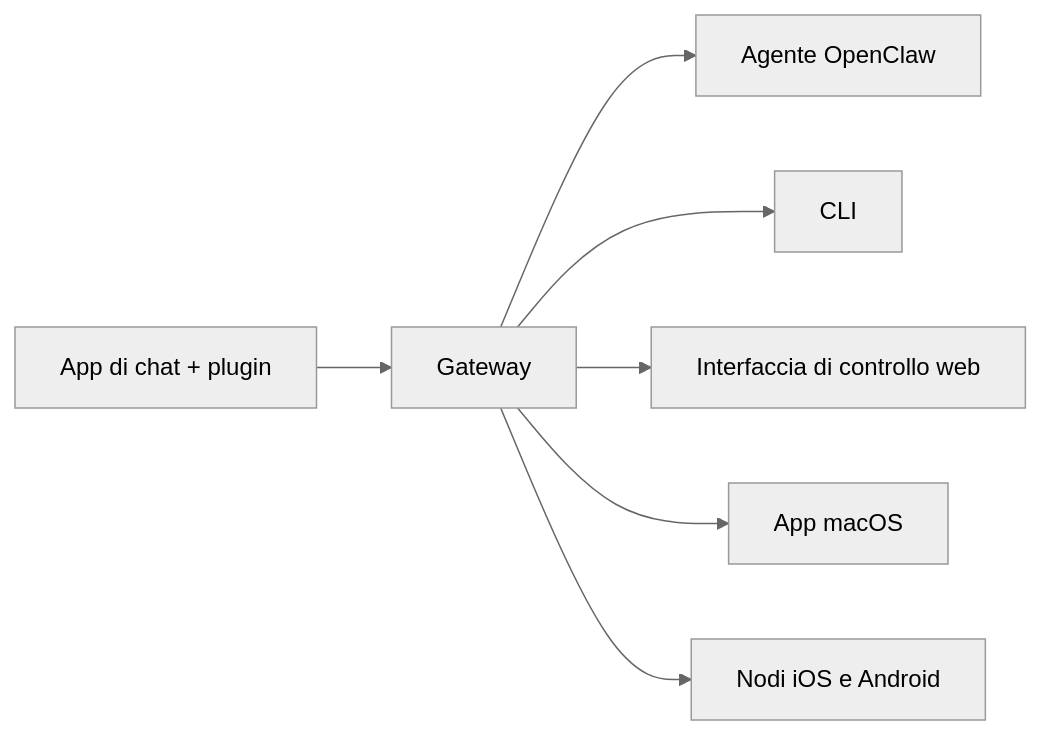
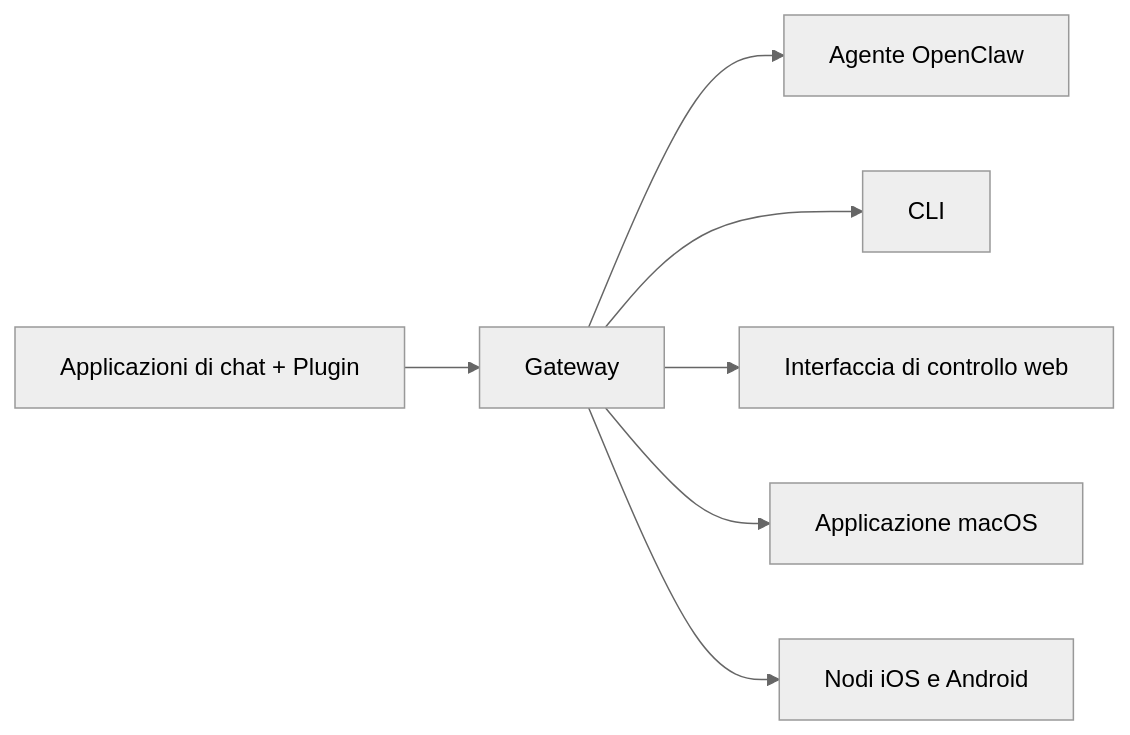
The diagram in docs/it/index.md (openclaw/docs), drawn with Mermaid (neutral theme) before and after one commit. The commit also changed other lines of this file and 6121 other files, not shown here.

````diff
--- a/docs/it/index.md
+++ b/docs/it/index.md
@@ -113,9 +114,9 @@
 ```mermaid
 flowchart LR
-  A["App di chat + plugin"] --> B["Gateway"]
+  A["Applicazioni di chat + Plugin"] --> B["Gateway"]
   B --> C["Agente OpenClaw"]
   B --> D["CLI"]
   B --> E["Interfaccia di controllo web"]
-  B --> F["App macOS"]
+  B --> F["Applicazione macOS"]
   B --> G["Nodi iOS e Android"]
 ```
````
